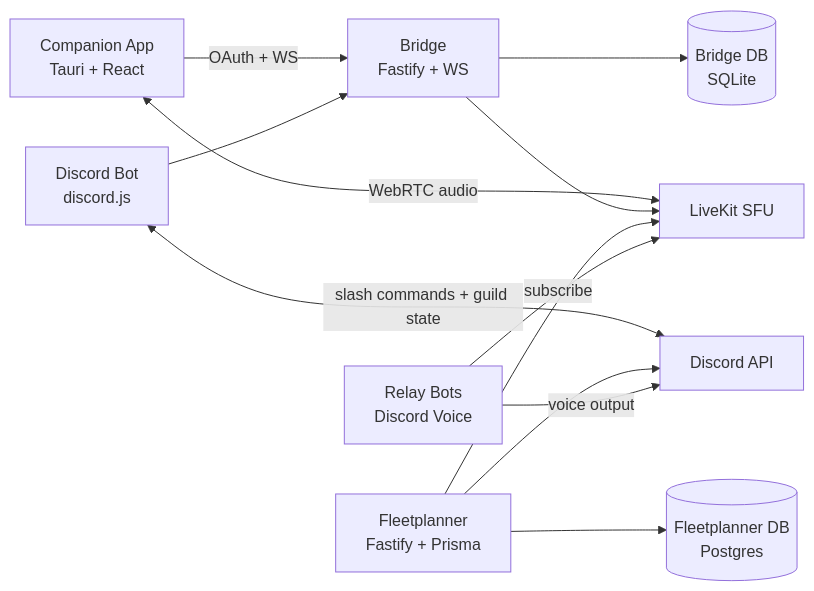
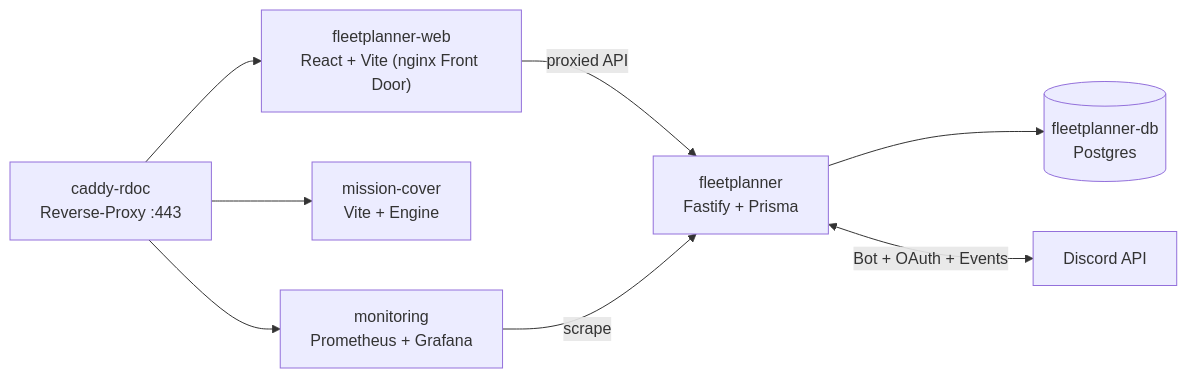
The diagram in CLAUDE.md (cccdemon/RDOC-Suite), drawn with Mermaid before and after one commit. The commit also changed other lines of this file, not shown here.

First line of the commit message:
docs: rewrite CLAUDE.md against the current fleetplanner-only stack

````diff
--- a/CLAUDE.md
+++ b/CLAUDE.md
@@ -309,24 +254,18 @@
 ```mermaid
 graph LR
-    Companion["Companion App\nTauri + React"]
-    Bot["Discord Bot\ndiscord.js"]
-    Bridge["Bridge\nFastify + WS"]
-    Fleetplanner["Fleetplanner\nFastify + Prisma"]
-    RelayBots["Relay Bots\nDiscord Voice"]
-    LiveKit["LiveKit SFU"]
-    BridgeDB[(Bridge DB\nSQLite)]
-    FleetDB[(Fleetplanner DB\nPostgres)]
+    SPA["fleetplanner-web\nReact + Vite (nginx Front Door)"]
+    Fleetplanner["fleetplanner\nFastify + Prisma"]
+    MissionCover["mission-cover\nVite + Engine"]
+    Monitoring["monitoring\nPrometheus + Grafana"]
+    FleetDB[(fleetplanner-db\nPostgres)]
     Discord["Discord API"]
+    Caddy["caddy-rdoc\nReverse-Proxy :443"]
 
-    Companion -->|OAuth + WS| Bridge
-    Companion <-->|WebRTC audio| LiveKit
-    Bot <-->|slash commands + guild state| Discord
-    Bot --> Bridge
-    Bridge --> BridgeDB
-    Bridge --> LiveKit
+    Caddy --> SPA
+    Caddy --> MissionCover
+    Caddy --> Monitoring
+    SPA -->|proxied API| Fleetplanner
     Fleetplanner --> FleetDB
-    Fleetplanner --> Discord
-    Fleetplanner --> LiveKit
-    RelayBots -->|subscribe| LiveKit
-    RelayBots -->|voice output| Discord
+    Fleetplanner <-->|Bot + OAuth + Events| Discord
+    Monitoring -->|scrape| Fleetplanner
 ```
````
